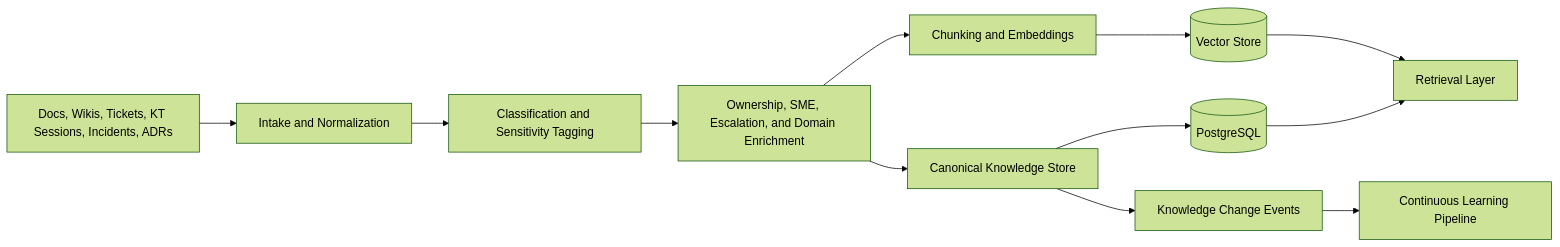
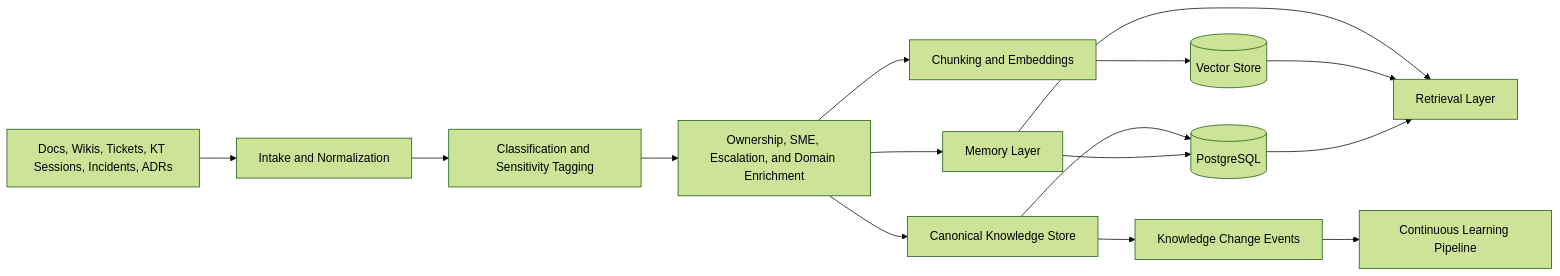
The diagram in docs/knowledge-management.md (dcfrancisco/open-intelligence-platform), drawn with Mermaid (forest theme) before and after one commit. The commit also changed other lines of this file and 24 other files, not shown here.

````diff
--- a/docs/knowledge-management.md
+++ b/docs/knowledge-management.md
@@ -59,14 +63,17 @@
 ```mermaid
 flowchart LR
     Sources[Docs, Wikis, Tickets, KT Sessions, Incidents, ADRs] --> Intake[Intake and Normalization]
     Intake --> Classify[Classification and Sensitivity Tagging]
     Classify --> Enrich[Ownership, SME, Escalation, and Domain Enrichment]
     Enrich --> Canonical[Canonical Knowledge Store]
+    Enrich --> MemoryLayer[Memory Layer]
     Enrich --> Chunking[Chunking and Embeddings]
     Chunking --> Vector[(Vector Store)]
     Canonical --> Relational[(PostgreSQL)]
     Canonical --> Events[Knowledge Change Events]
+    MemoryLayer --> Relational
+    MemoryLayer --> Retrieval
     Vector --> Retrieval[Retrieval Layer]
     Relational --> Retrieval
     Events --> Learning[Continuous Learning Pipeline]
 ```
````
